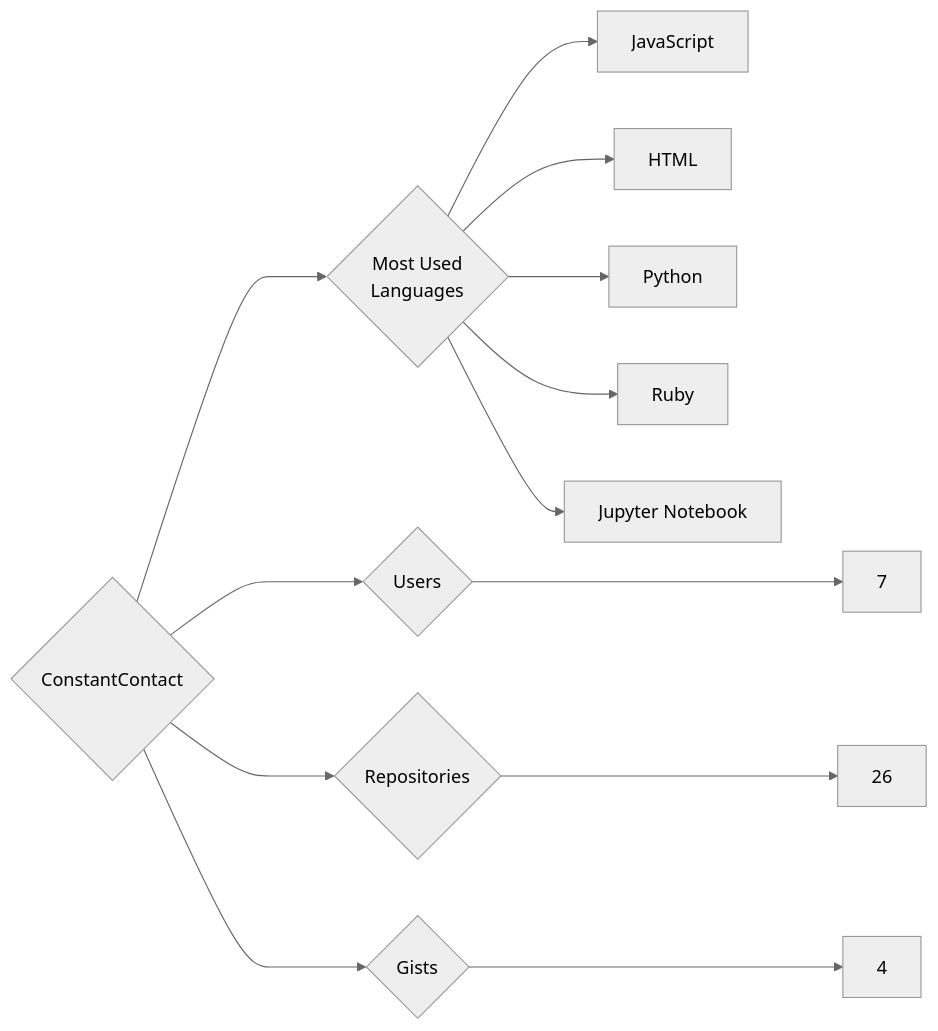
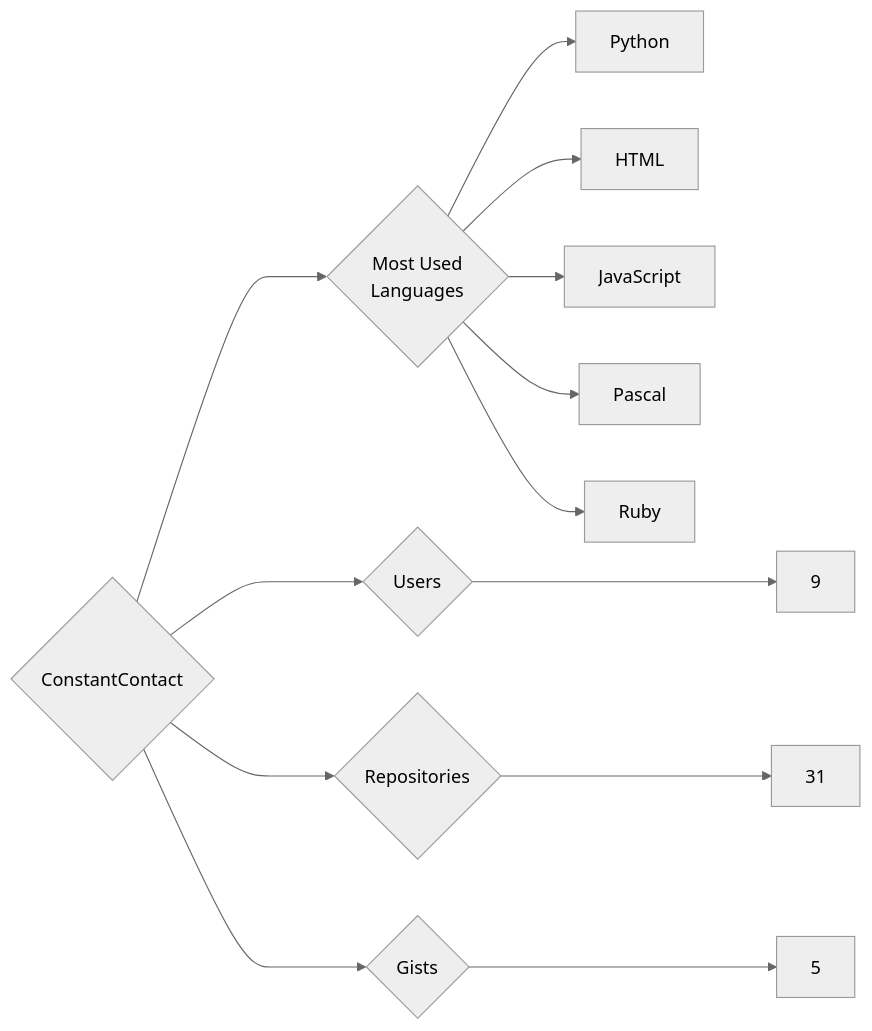
The diagram in targets/ConstantContact/README.md (trickest/insiders), drawn with Mermaid (neutral theme) before and after one commit. The commit also changed 933 other files, not shown here.

````diff
--- a/targets/ConstantContact/README.md
+++ b/targets/ConstantContact/README.md
@@ -3,13 +3,13 @@
 ```mermaid
 graph LR
 COMPANY_NAME{ConstantContact}
-COMPANY_NAME ---> U{Users} ---> UN[7]
-COMPANY_NAME ---> R{Repositories} ---> RN[26]
-COMPANY_NAME ---> G{Gists} ---> GN[4]
+COMPANY_NAME ---> U{Users} ---> UN[9]
+COMPANY_NAME ---> R{Repositories} ---> RN[31]
+COMPANY_NAME ---> G{Gists} ---> GN[5]
 COMPANY_NAME ---> ML{Most Used<br>Languages}
+ML --> Python[Python]
+ML --> HTML[HTML]
 ML --> JavaScript[JavaScript]
-ML --> HTML[HTML]
-ML --> Python[Python]
+ML --> Pascal[Pascal]
 ML --> Ruby[Ruby]
-ML --> Jupyter_Notebook[Jupyter Notebook]
 ```
````
